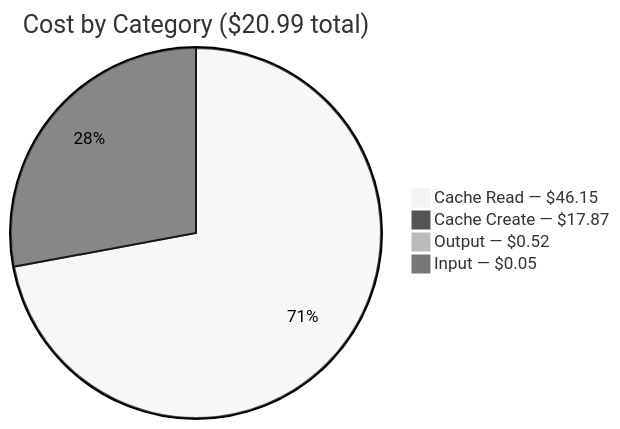
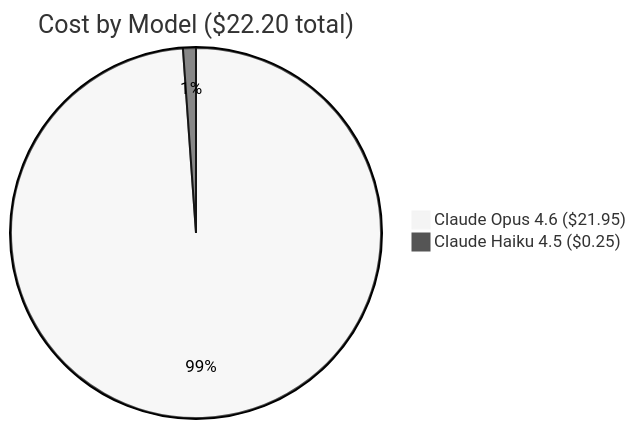
One commit to atlantdak/claude-code-hackathon-xbo-market-kit changed the fourth of 8 diagrams in README.md. Above: the diagram before and after it, drawn with Mermaid (neutral theme). The commit also changed other lines of this file and 6 other files, not shown here.

````diff
--- a/README.md
+++ b/README.md
@@ -91,7 +91,5 @@
 ```mermaid
-pie title Cost by Category ($20.99 total)
-    "Cache Read — $46.15" : 4615
-    "Cache Create — $17.87" : 1787
-    "Output — $0.52" : 52
-    "Input — $0.05" : 5
+pie title Cost by Model ($22.20 total)
+    "Claude Opus 4.6 ($21.95)" : 2195
+    "Claude Haiku 4.5 ($0.25)" : 25
 ```
````
